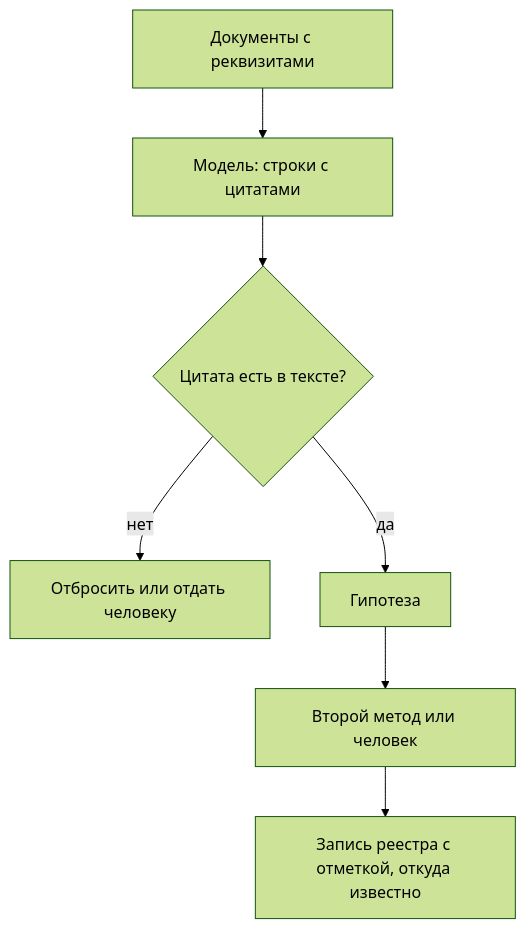
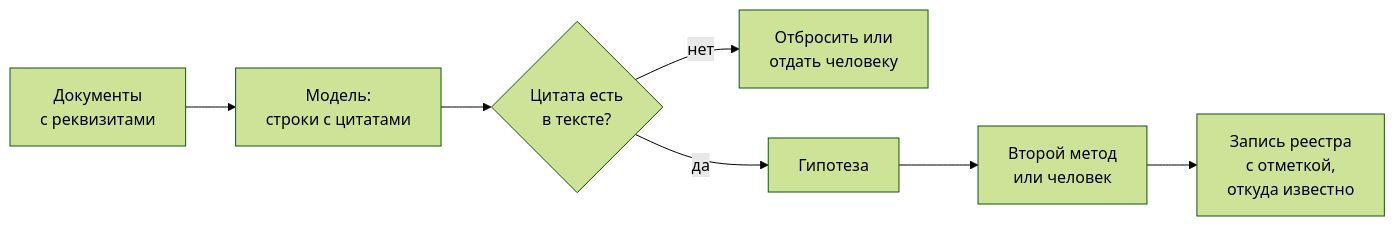
Before and after one commit to ivbeg/data-inventory: the first of 2 diagrams in docs/02-approaches/03-ai.md, drawn with Mermaid (forest theme). The commit also changed other lines of this file and 54 other files, not shown here.

````diff
--- a/docs/02-approaches/03-ai.md
+++ b/docs/02-approaches/03-ai.md
@@ -35,9 +45,9 @@
 ```mermaid
-flowchart TB
-  D["Документы с реквизитами"] --> M["Модель: строки с цитатами"]
-  M --> Q{"Цитата есть в тексте?"}
-  Q -- нет --> X["Отбросить или отдать человеку"]
-  Q -- да --> H["Гипотеза"]
-  H --> C["Второй метод или человек"]
-  C --> R["Запись реестра с отметкой, откуда известно"]
+flowchart LR
+  D["Документы<br/>с реквизитами"] --> M["Модель:<br/>строки с цитатами"]
+  M --> Q{"Цитата есть<br/>в тексте?"}
+  Q -- "нет" --> X["Отбросить или<br/>отдать человеку"]
+  Q -- "да" --> H["Гипотеза"]
+  H --> C["Второй метод<br/>или человек"]
+  C --> R["Запись реестра<br/>с отметкой,<br/>откуда известно"]
 ```
````
